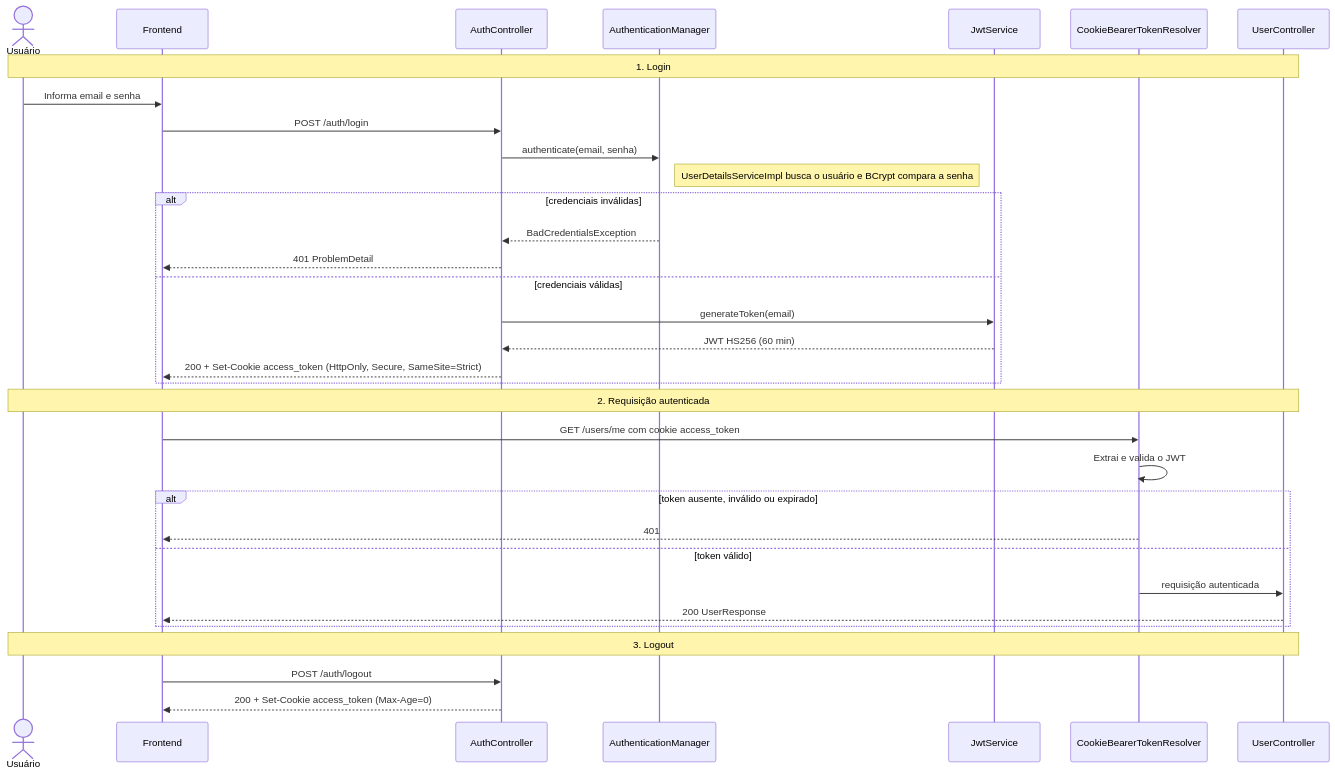
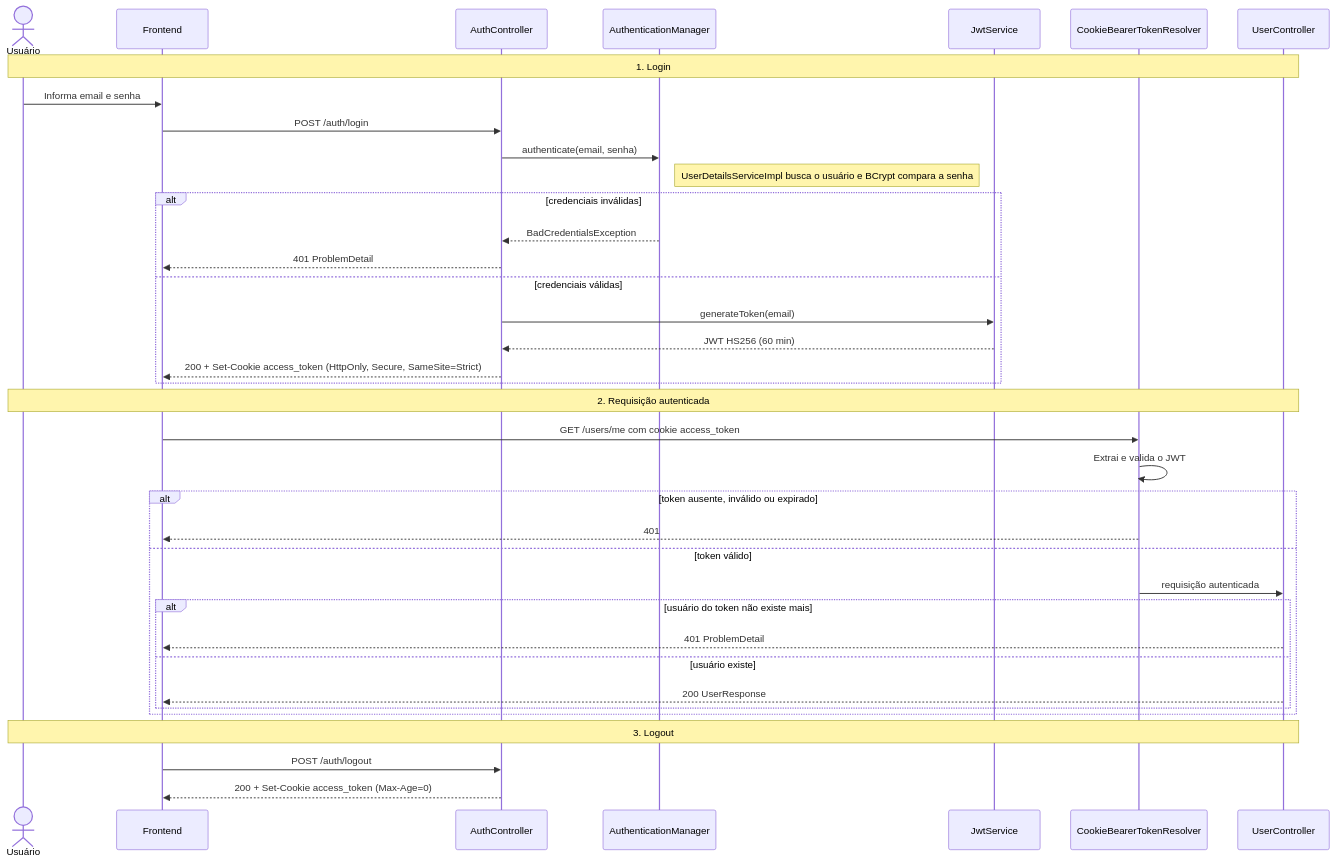
The diagram in docs/flows/authentication.md (nomevini/opengrana), drawn with Mermaid before and after one commit. The commit also changed other lines of this file and 4 other files, not shown here.

Commit message:
fix(users): retorna 401 quando o usuário do token não existe mais

````diff
--- a/docs/flows/authentication.md
+++ b/docs/flows/authentication.md
@@ -5,38 +5,42 @@
 ```mermaid
 sequenceDiagram
     actor U as Usuário
     participant F as Frontend
     participant AC as AuthController
     participant AM as AuthenticationManager
     participant J as JwtService
     participant R as CookieBearerTokenResolver
     participant UC as UserController
 
     Note over U,UC: 1. Login
     U->>F: Informa email e senha
     F->>AC: POST /auth/login
     AC->>AM: authenticate(email, senha)
     Note right of AM: UserDetailsServiceImpl busca o usuário e BCrypt compara a senha
     alt credenciais inválidas
         AM-->>AC: BadCredentialsException
         AC-->>F: 401 ProblemDetail
     else credenciais válidas
         AC->>J: generateToken(email)
         J-->>AC: JWT HS256 (60 min)
         AC-->>F: 200 + Set-Cookie access_token (HttpOnly, Secure, SameSite=Strict)
     end
 
     Note over U,UC: 2. Requisição autenticada
     F->>R: GET /users/me com cookie access_token
     R->>R: Extrai e valida o JWT
     alt token ausente, inválido ou expirado
         R-->>F: 401
     else token válido
         R->>UC: requisição autenticada
-        UC-->>F: 200 UserResponse
+        alt usuário do token não existe mais
+            UC-->>F: 401 ProblemDetail
+        else usuário existe
+            UC-->>F: 200 UserResponse
+        end
     end
 
     Note over U,UC: 3. Logout
     F->>AC: POST /auth/logout
     AC-->>F: 200 + Set-Cookie access_token (Max-Age=0)
 ```
````
